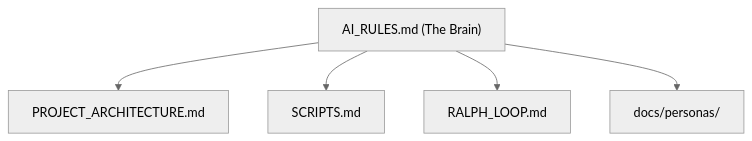
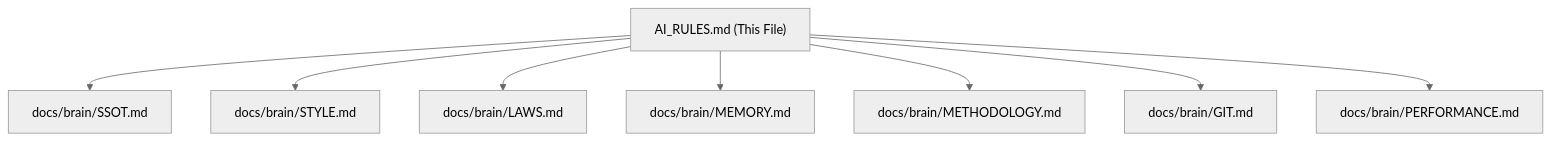
One commit to KuschiKuschbert/prepflow-landing changed the diagram in docs/AI_RULES.md. Above: the diagram before and after it, drawn with Mermaid (neutral theme). The commit also changed other lines of this file and 72 other files, not shown here.

````diff
--- a/docs/AI_RULES.md
+++ b/docs/AI_RULES.md
@@ -9,13 +39,19 @@
 ```mermaid
 graph TD
-    BRAIN["AI_RULES.md (The Brain)"]
-    ARCH["PROJECT_ARCHITECTURE.md"]
-    SCRIPTS["SCRIPTS.md"]
-    LOOP["RALPH_LOOP.md"]
-    PERSONA["docs/personas/"]
+    BRAIN["AI_RULES.md (This File)"]
+    SSOT["docs/brain/SSOT.md"]
+    STYLE["docs/brain/STYLE.md"]
+    LAWS["docs/brain/LAWS.md"]
+    MEMORY["docs/brain/MEMORY.md"]
+    METHOD["docs/brain/METHODOLOGY.md"]
+    GIT["docs/brain/GIT.md"]
+    PERF["docs/brain/PERFORMANCE.md"]
 
-    BRAIN --> ARCH
-    BRAIN --> SCRIPTS
-    BRAIN --> LOOP
-    BRAIN --> PERSONA
+    BRAIN --> SSOT
+    BRAIN --> STYLE
+    BRAIN --> LAWS
+    BRAIN --> MEMORY
+    BRAIN --> METHOD
+    BRAIN --> GIT
+    BRAIN --> PERF
 ```
````
